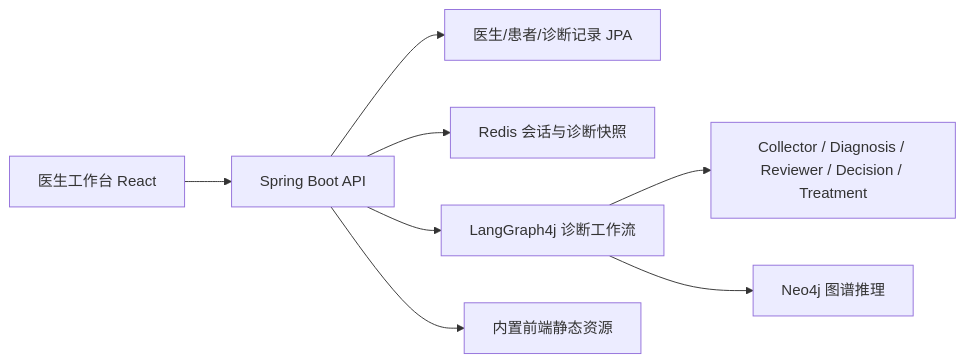
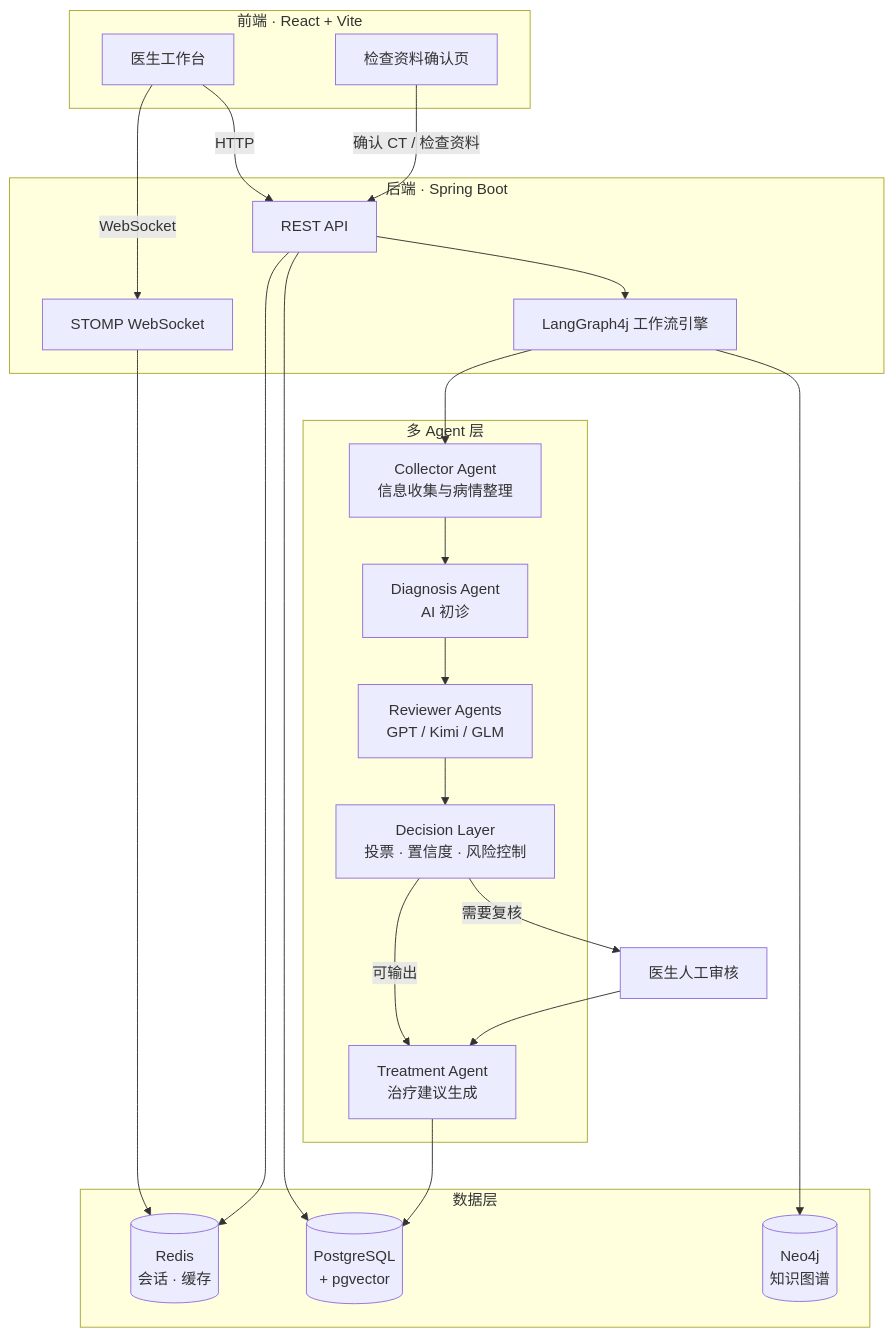
Before and after one commit to LoftyTao0622/MedConsensus: the diagram in README.md, drawn with Mermaid. The commit also changed other lines of this file, not shown here.

````diff
--- a/README.md
+++ b/README.md
@@ -49,10 +49,46 @@
 ```mermaid
-flowchart LR
-  Doctor["医生工作台 React"] --> API["Spring Boot API"]
-  API --> Auth["医生/患者/诊断记录 JPA"]
-  API --> Redis["Redis 会话与诊断快照"]
-  API --> Workflow["LangGraph4j 诊断工作流"]
-  Workflow --> Agents["Collector / Diagnosis / Reviewer / Decision / Treatment"]
-  Workflow --> Neo4j["Neo4j 图谱推理"]
-  API --> Static["内置前端静态资源"]
+flowchart TD
+    subgraph Frontend["前端 · React + Vite"]
+        UI["医生工作台"]
+        Evidence["检查资料确认页"]
+    end
+
+    subgraph Backend["后端 · Spring Boot"]
+        API["REST API"]
+        WS["STOMP WebSocket"]
+        WF["LangGraph4j 工作流引擎"]
+    end
+
+    subgraph Agents["多 Agent 层"]
+        C["Collector Agent<br/>信息收集与病情整理"]
+        D["Diagnosis Agent<br/>AI 初诊"]
+        R["Reviewer Agents<br/>GPT / Kimi / GLM"]
+        DL["Decision Layer<br/>投票 · 置信度 · 风险控制"]
+        T["Treatment Agent<br/>治疗建议生成"]
+    end
+
+    H["医生人工审核"]
+
+    subgraph Storage["数据层"]
+        NEO[("Neo4j<br/>知识图谱")]
+        PG[("PostgreSQL<br/>+ pgvector")]
+        REDIS[("Redis<br/>会话 · 缓存")]
+    end
+
+    UI -->|HTTP| API
+    UI -->|WebSocket| WS
+    Evidence -->|确认 CT / 检查资料| API
+    API --> WF
+    API --> PG
+    API --> REDIS
+    WS --> REDIS
+    WF --> NEO
+    WF --> C
+    C --> D
+    D --> R
+    R --> DL
+    DL -->|需要复核| H
+    DL -->|可输出| T
+    H --> T
+    T --> PG
 ```
````
